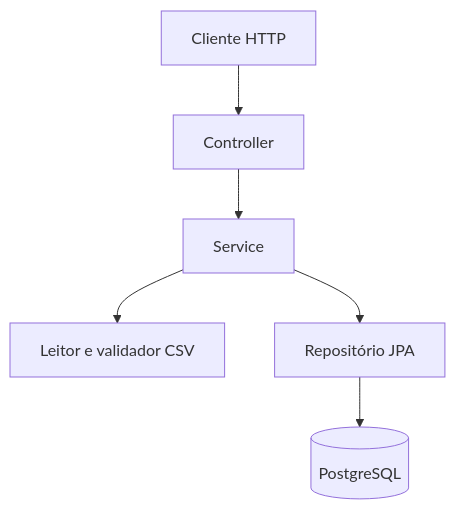
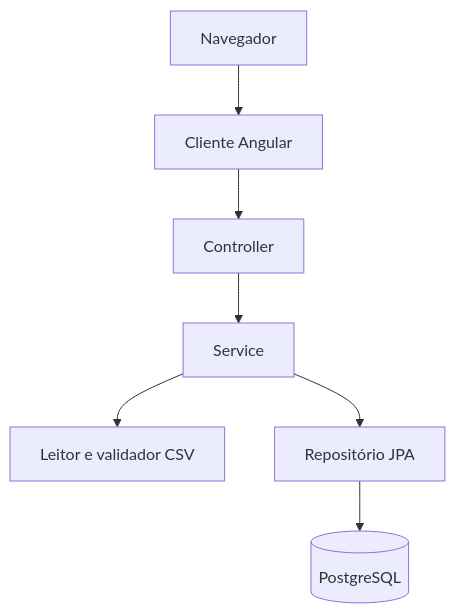
One commit to denzelws/menu-carga changed the diagram in README.md. Above: the diagram before and after it, drawn with Mermaid. The commit also changed other lines of this file and 1 other file, not shown here.

First line of the commit message:
docs: document the Angular client next to the API

````diff
--- a/README.md
+++ b/README.md
@@ -57,15 +62,17 @@
 ```mermaid
 flowchart TD
-Client[Cliente HTTP]
+Browser[Navegador]
+Angular[Cliente Angular]
 Controller[Controller]
 Service[Service]
 Reader[Leitor e validador CSV]
 Repository[Repositório JPA]
 Database[(PostgreSQL)]
 
-Client --> Controller
+Browser --> Angular
+Angular --> Controller
 Controller --> Service
 Service --> Reader
 Service --> Repository
 Repository --> Database
 ```
````
